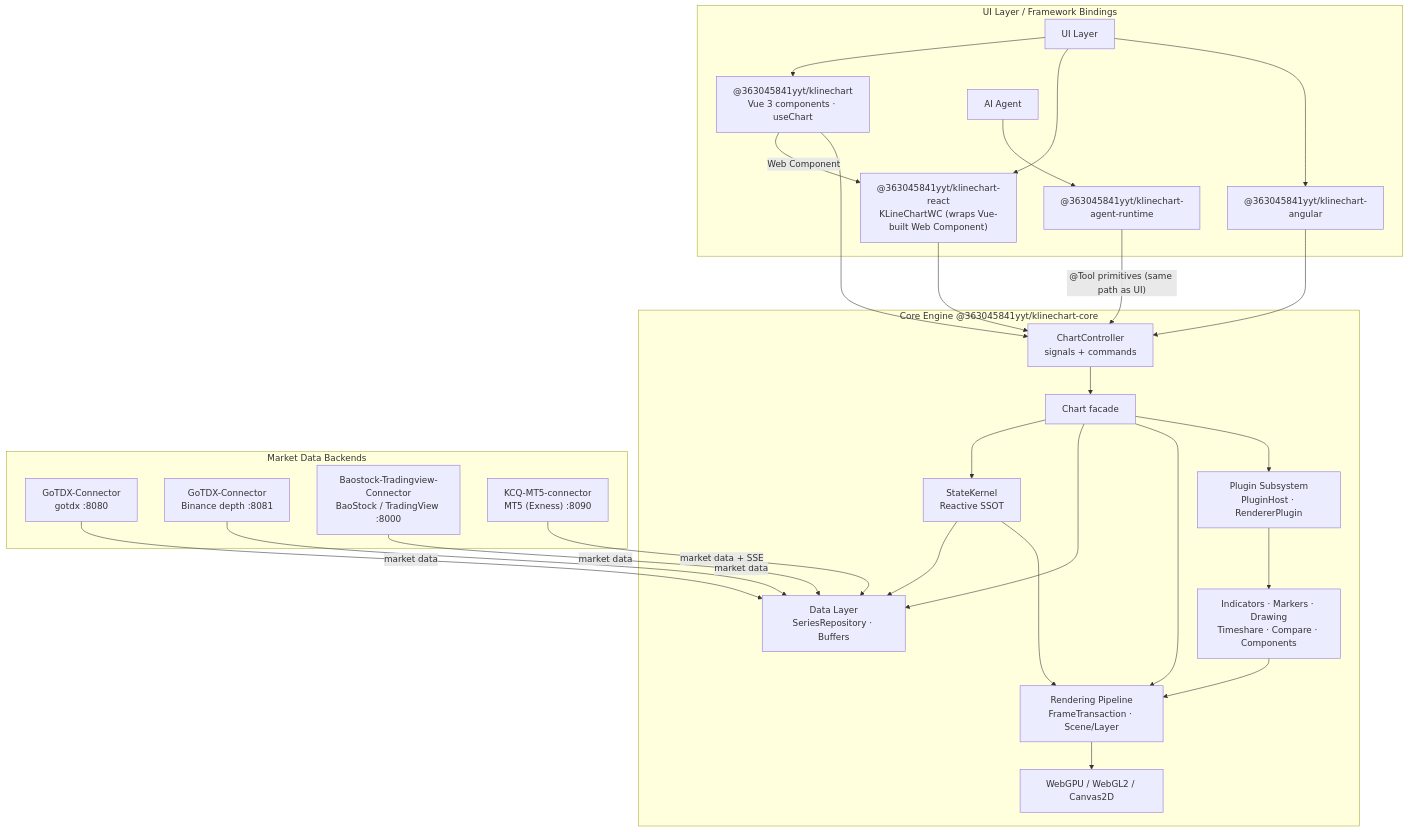
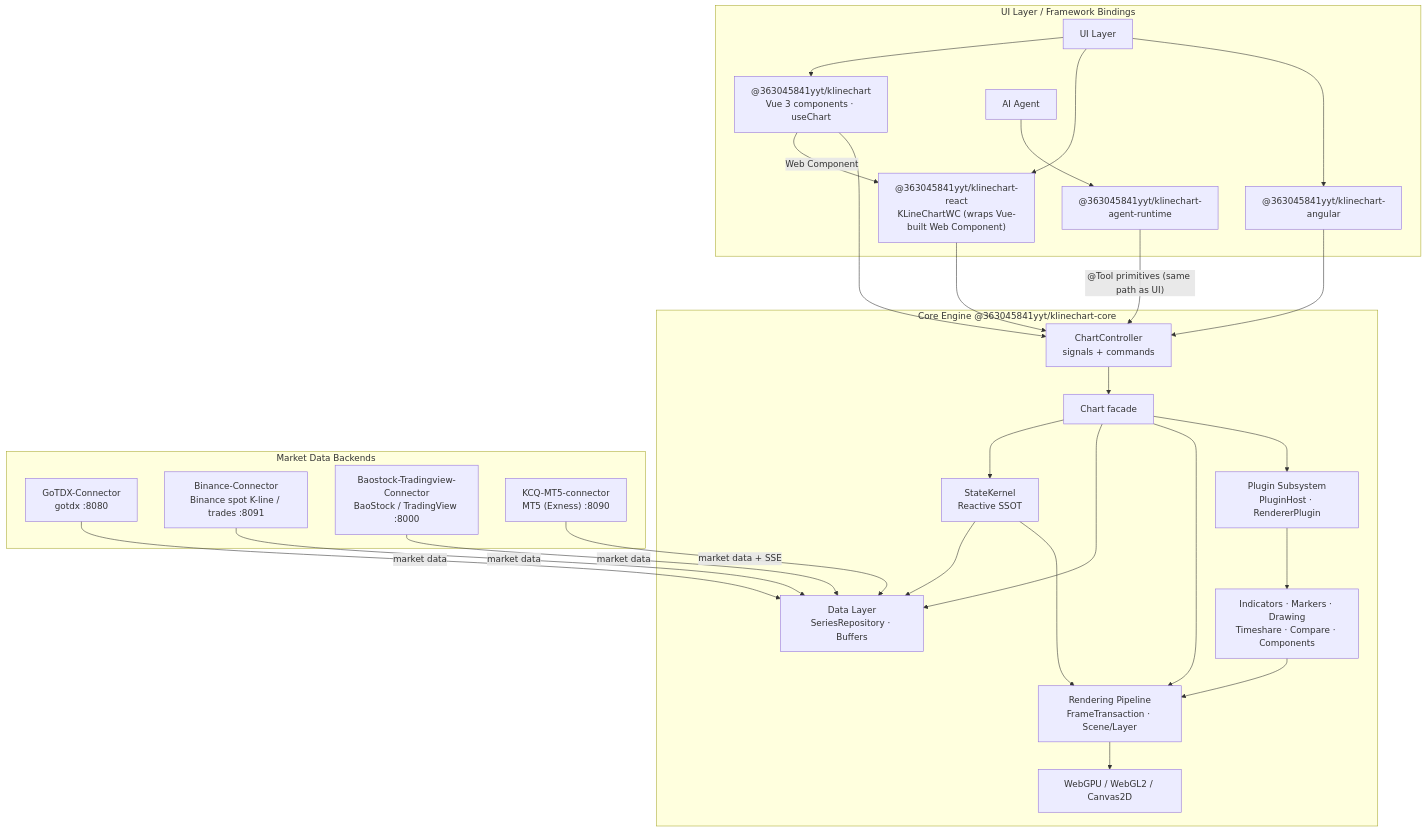
The diagram in README.md (363045841/KLineChartQuant), drawn with Mermaid before and after one commit. The commit also changed other lines of this file and 9 other files, not shown here.

Commit message:
docs(data-sources): add Binance-Connector as a data source

````diff
--- a/README.md
+++ b/README.md
@@ -75,53 +75,53 @@
 ```mermaid
 flowchart TB
     subgraph app["UI Layer / Framework Bindings"]
         UI["UI Layer"]
         VuePkg["@363045841yyt/klinechart<br/>Vue 3 components · useChart"]
         ReactPkg["@363045841yyt/klinechart-react<br/>KLineChartWC (wraps Vue-built Web Component)"]
         AngularPkg["@363045841yyt/klinechart-angular"]
         Agent["AI Agent"]
         AgentRt["@363045841yyt/klinechart-agent-runtime"]
     end
 
     subgraph core["Core Engine @363045841yyt/klinechart-core"]
         Ctl["ChartController<br/>signals + commands"]
         Chart["Chart facade"]
         Kernel["StateKernel<br/>Reactive SSOT"]
         Data["Data Layer<br/>SeriesRepository · Buffers"]
         Pipe["Rendering Pipeline<br/>FrameTransaction · Scene/Layer"]
         GPU["WebGPU / WebGL2 / Canvas2D"]
         Plugin["Plugin Subsystem<br/>PluginHost · RendererPlugin"]
         Biz["Indicators · Markers · Drawing<br/>Timeshare · Compare · Components"]
     end
 
     subgraph conn["Market Data Backends"]
         Go["GoTDX-Connector<br/>gotdx :8080"]
-        Bn["GoTDX-Connector<br/>Binance depth :8081"]
+        Bn["Binance-Connector<br/>Binance spot K-line / trades :8091"]
         Bs["Baostock-Tradingview-Connector<br/>BaoStock / TradingView :8000"]
         Mt["KCQ-MT5-connector<br/>MT5 (Exness) :8090"]
     end
 
     UI --> VuePkg
     UI --> ReactPkg
     UI --> AngularPkg
     VuePkg -->|"Web Component"| ReactPkg
     Agent --> AgentRt
     VuePkg --> Ctl
     ReactPkg --> Ctl
     AngularPkg --> Ctl
     AgentRt -->|"@Tool primitives (same path as UI)"| Ctl
     Ctl --> Chart
     Chart --> Kernel
     Chart --> Data
     Chart --> Pipe
     Chart --> Plugin
     Plugin --> Biz
     Biz --> Pipe
     Pipe --> GPU
     Go -->|market data| Data
     Bn -->|market data| Data
     Bs -->|market data| Data
     Mt -->|"market data + SSE"| Data
     Kernel --> Data
     Kernel --> Pipe
 ```
````
